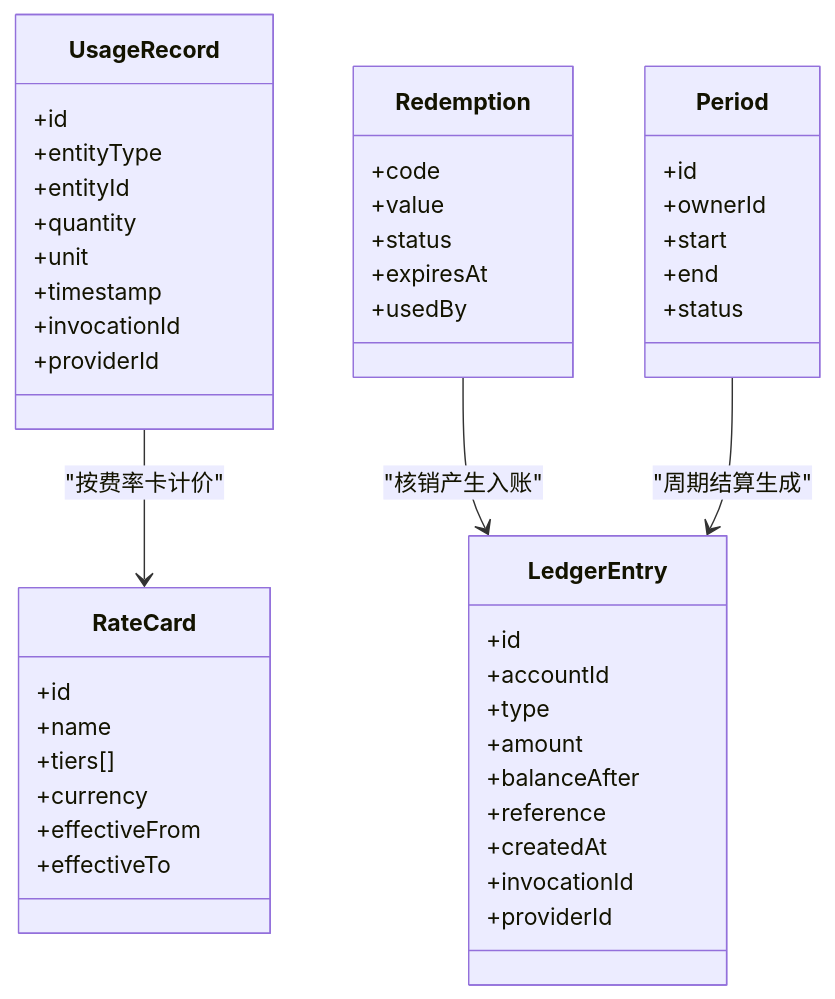
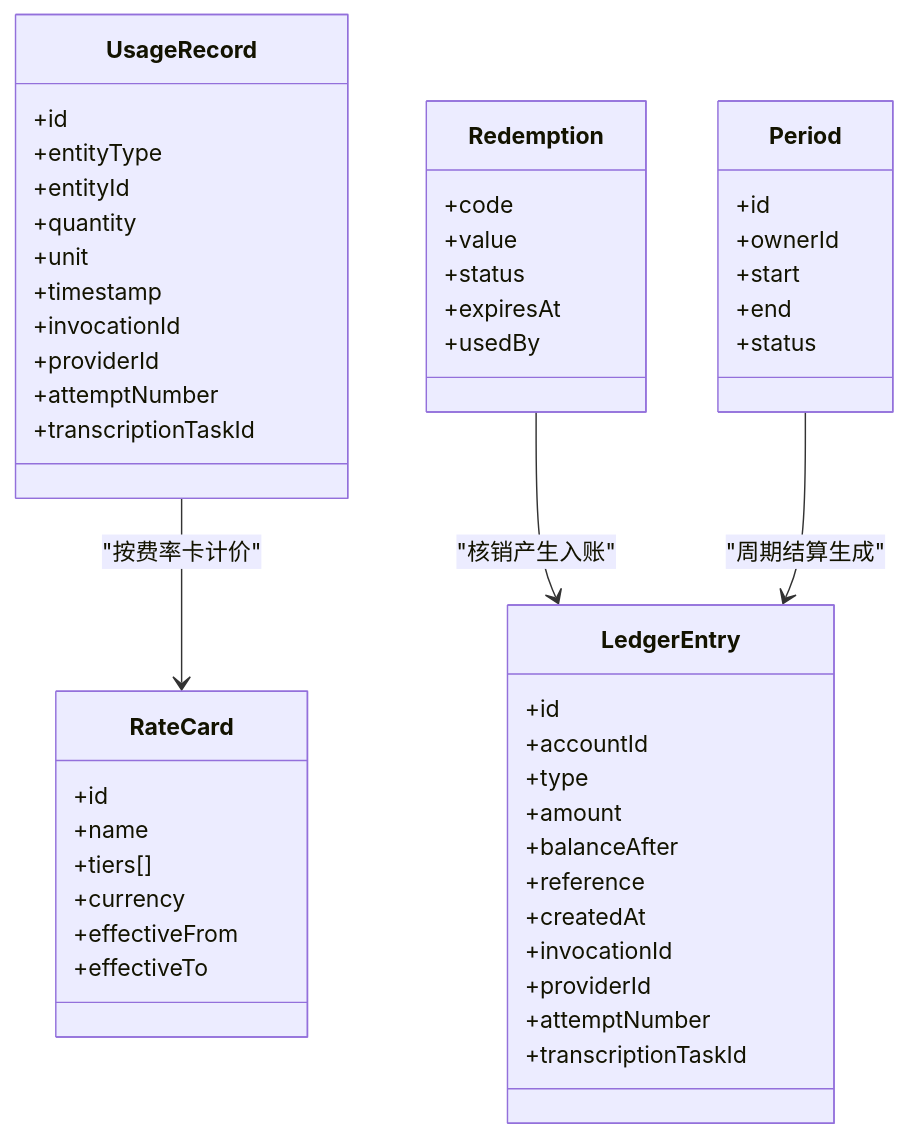
One commit to scottcwy/PurpleInk changed the eighth of 15 diagrams in .qoder/repowiki/zh/content/项目概述/计费配置/计费和会计账簿系统.md. Above: the diagram before and after it, drawn with Mermaid. The commit also changed other lines of this file and 29 other files, not shown here.

````diff
--- a/.qoder/repowiki/zh/content/项目概述/计费配置/计费和会计账簿系统.md
+++ b/.qoder/repowiki/zh/content/项目概述/计费配置/计费和会计账簿系统.md
@@ -422,49 +429,53 @@
 ```mermaid
 classDiagram
 class UsageRecord {
 +id
 +entityType
 +entityId
 +quantity
 +unit
 +timestamp
 +invocationId
 +providerId
++attemptNumber
++transcriptionTaskId
 }
 class RateCard {
 +id
 +name
 +tiers[]
 +currency
 +effectiveFrom
 +effectiveTo
 }
 class Redemption {
 +code
 +value
 +status
 +expiresAt
 +usedBy
 }
 class Period {
 +id
 +ownerId
 +start
 +end
 +status
 }
 class LedgerEntry {
 +id
 +accountId
 +type
 +amount
 +balanceAfter
 +reference
 +createdAt
 +invocationId
 +providerId
++attemptNumber
++transcriptionTaskId
 }
 UsageRecord --> RateCard : "按费率卡计价"
 Redemption --> LedgerEntry : "核销产生入账"
 Period --> LedgerEntry : "周期结算生成"
 ```
````
